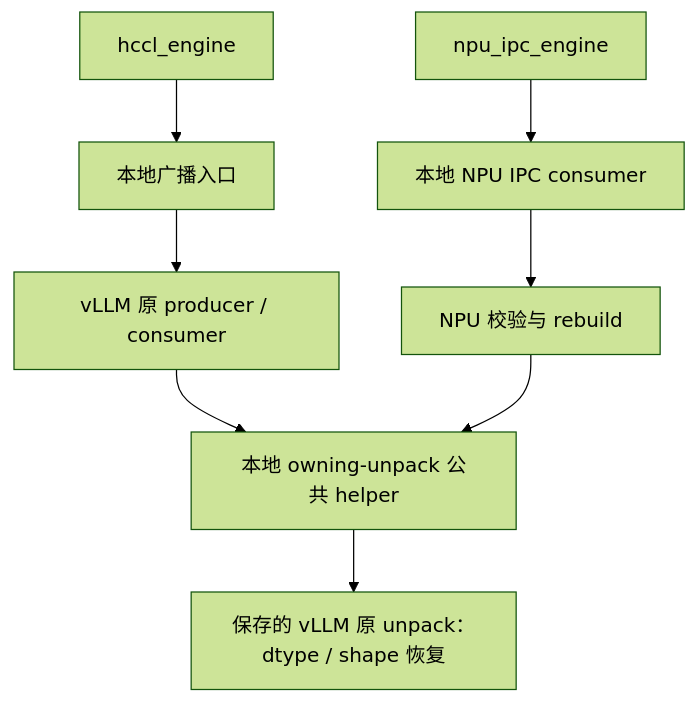
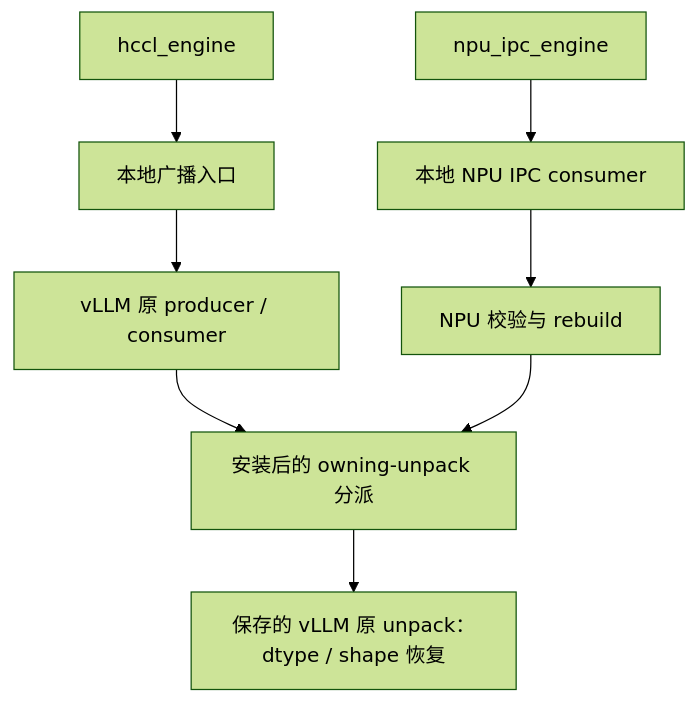
The third of 3 diagrams in vllm/weight-transfer/packed-tensor-design.md (Liccol/ref-doc), drawn with Mermaid (forest theme) before and after one commit. The commit also changed other lines of this file and 2 other files, not shown here.

````diff
--- a/vllm/weight-transfer/packed-tensor-design.md
+++ b/vllm/weight-transfer/packed-tensor-design.md
@@ -413,10 +411,10 @@
 ```mermaid
 flowchart TD
     A[hccl_engine] --> B[本地广播入口]
     B --> C[vLLM 原 producer / consumer]
-    C --> D[本地 owning-unpack 公共 helper]
+    C --> D[安装后的 owning-unpack 分派]
     E[npu_ipc_engine] --> F[本地 NPU IPC consumer]
     F --> G[NPU 校验与 rebuild]
     G --> D
     D --> H[保存的 vLLM 原 unpack：dtype / shape 恢复]
 ```
````
